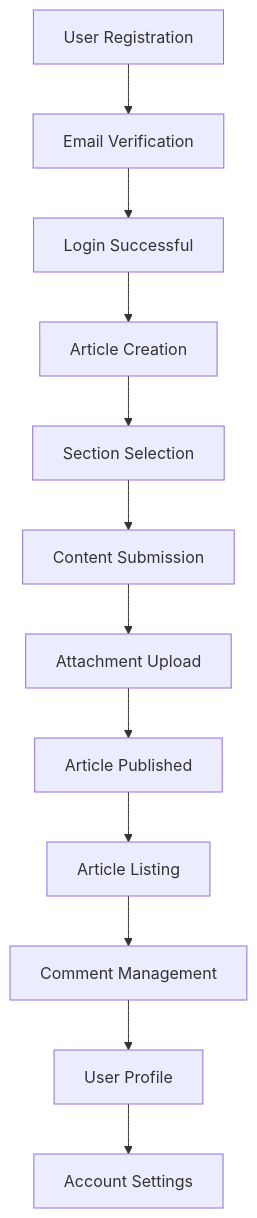
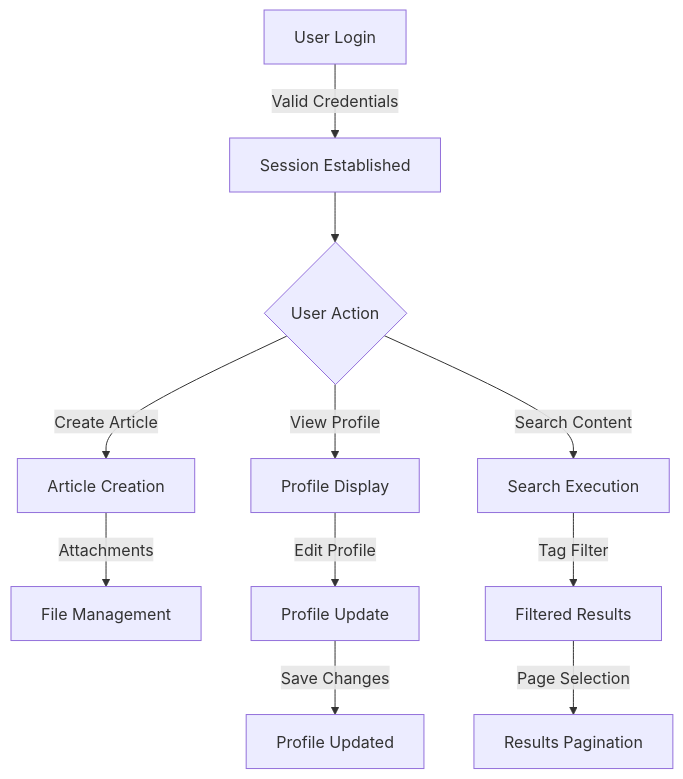
Before and after one commit to wrtnlabs/autobe-examples: the diagram in qwen/qwen3-30b-a3b-thinking-2507/bbs/docs/analysis/01-service-overview.md, drawn with Mermaid. The commit also changed other lines of this file and 25939 other files, not shown here.

````diff
--- a/qwen/qwen3-30b-a3b-thinking-2507/bbs/docs/analysis/01-service-overview.md
+++ b/qwen/qwen3-30b-a3b-thinking-2507/bbs/docs/analysis/01-service-overview.md
@@ -239,14 +100,13 @@
 ```mermaid
 graph TD
-    A[User Registration] --> B[Email Verification]
-    B --> C[Login Successful]
-    C --> D[Article Creation]
-    D --> E[Section Selection]
-    E --> F[Content Submission]
-    F --> G[Attachment Upload]
-    G --> H[Article Published]
-    H --> I[Article Listing]
-    I --> J[Comment Management]
-    J --> K[User Profile]
-    K --> L[Account Settings]
+    A[User Login] -->|Valid Credentials| B[Session Established]
+    B --> C{User Action}
+    C -->|View Profile| D[Profile Display]
+    C -->|Create Article| E[Article Creation]
+    C -->|Search Content| F[Search Execution]
+    E -->|Attachments| G[File Management]
+    F -->|Tag Filter| H[Filtered Results]
+    H -->|Page Selection| I[Results Pagination]
+    D -->|Edit Profile| J[Profile Update]
+    J -->|Save Changes| K[Profile Updated]
 ```
````
